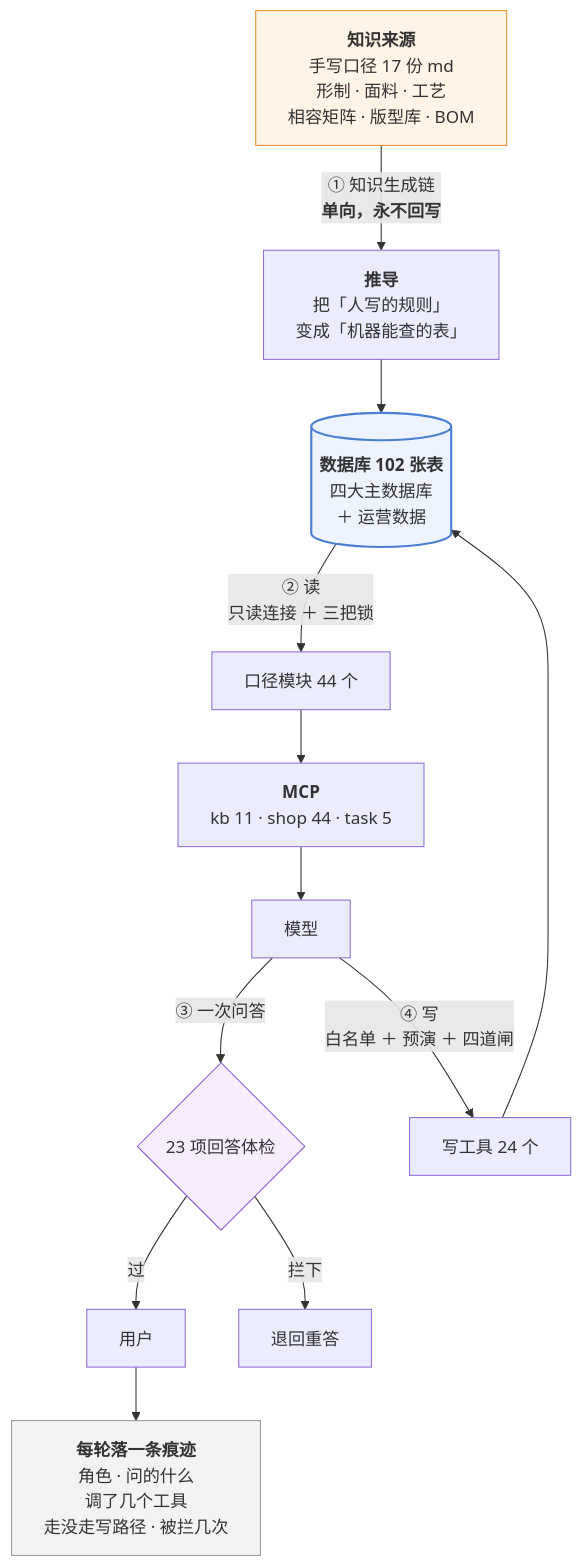
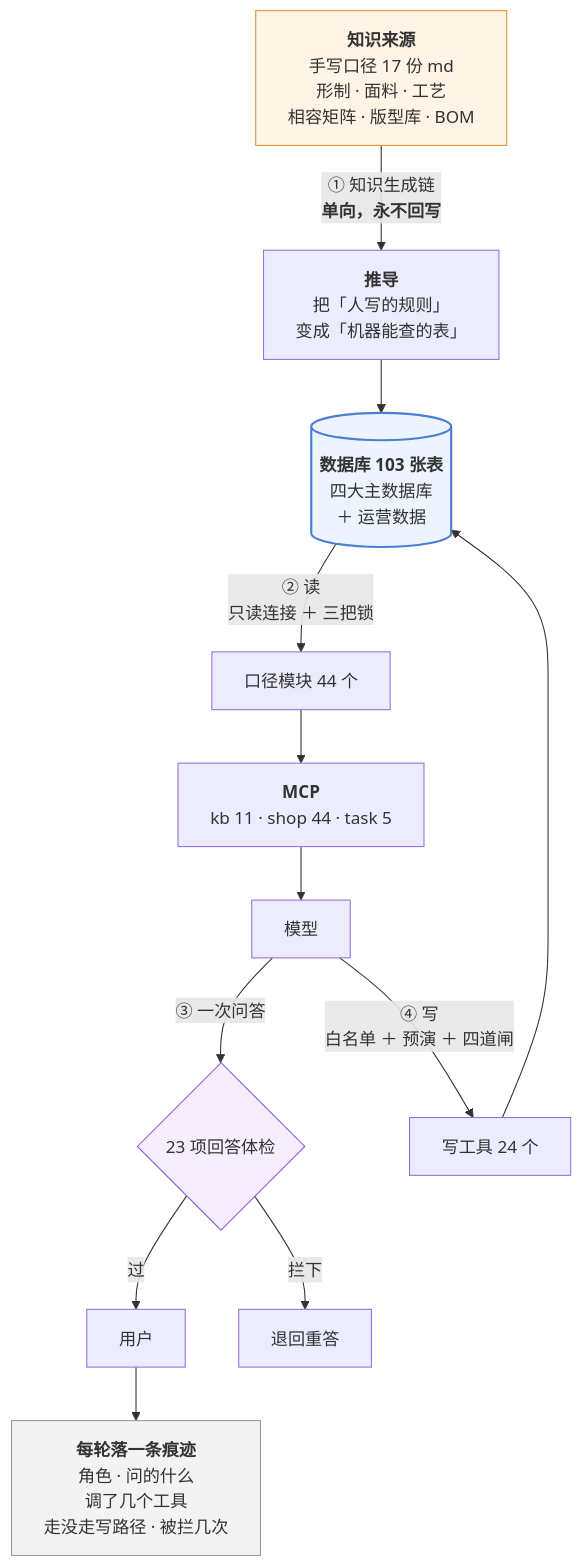
The third of 3 diagrams in 澜绣云裳agent-产品说明.md (843773296-rgb/lanxiu-yunshang-agent), drawn with Mermaid before and after one commit. The commit also changed other lines of this file and 3 other files, not shown here.

````diff
--- a/澜绣云裳agent-产品说明.md
+++ b/澜绣云裳agent-产品说明.md
@@ -867,24 +867,24 @@
 ```mermaid
 flowchart TD
     MD["<b>知识来源</b><br/>手写口径 17 份 md<br/>形制 · 面料 · 工艺<br/>相容矩阵 · 版型库 · BOM"]
     MD -->|"① 知识生成链<br/><b>单向，永不回写</b>"| DV["<b>推导</b><br/>把「人写的规则」<br/>变成「机器能查的表」"]
-    DV --> DB[("<b>数据库 102 张表</b><br/>四大主数据库<br/>＋ 运营数据")]
+    DV --> DB[("<b>数据库 103 张表</b><br/>四大主数据库<br/>＋ 运营数据")]
 
     DB -->|"② 读<br/>只读连接 ＋ 三把锁"| KJ["口径模块 44 个"]
     KJ --> MCP["<b>MCP</b><br/>kb 11 · shop 44 · task 5"]
     MCP --> LLM["模型"]
 
     LLM -->|"③ 一次问答"| GD{"23 项回答体检"}
     GD -- 过 --> U["用户"]
     GD -- 拦下 --> RE["退回重答"]
 
     LLM -->|"④ 写<br/>白名单 ＋ 预演 ＋ 四道闸"| W["写工具 24 个"]
     W --> DB
 
     U --> TR["<b>每轮落一条痕迹</b><br/>角色 · 问的什么<br/>调了几个工具<br/>走没走写路径 · 被拦几次"]
 
     style MD fill:#fff4e6,stroke:#e8912d
     style DB fill:#eef4ff,stroke:#4a7fd4,stroke-width:2px
     style GD fill:#f6eeff,stroke:#8b5cd6
     style TR fill:#f3f3f3,stroke:#999
 ```
````
